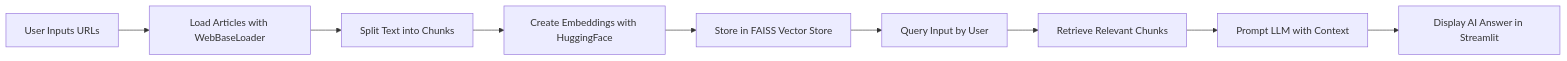
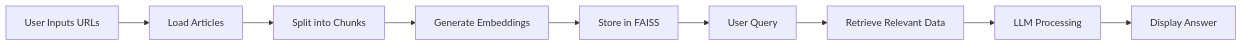
The diagram in README.md (Kamal516857/News_Summarizer-_Agent), drawn with Mermaid before and after one commit. The commit also changed other lines of this file, not shown here.

````diff
--- a/README.md
+++ b/README.md
@@ -30,11 +33,11 @@
 ```mermaid
 flowchart LR
-    A[User Inputs URLs] --> B[Load Articles with WebBaseLoader]
-    B --> C[Split Text into Chunks]
-    C --> D[Create Embeddings with HuggingFace]
-    D --> E[Store in FAISS Vector Store]
-    E --> F[Query Input by User]
-    F --> G[Retrieve Relevant Chunks]
-    G --> H[Prompt LLM with Context]
-    H --> I[Display AI Answer in Streamlit]
+    A[User Inputs URLs] --> B[Load Articles]
+    B --> C[Split into Chunks]
+    C --> D[Generate Embeddings]
+    D --> E[Store in FAISS]
+    E --> F[User Query]
+    F --> G[Retrieve Relevant Data]
+    G --> H[LLM Processing]
+    H --> I[Display Answer]
 ```
````
